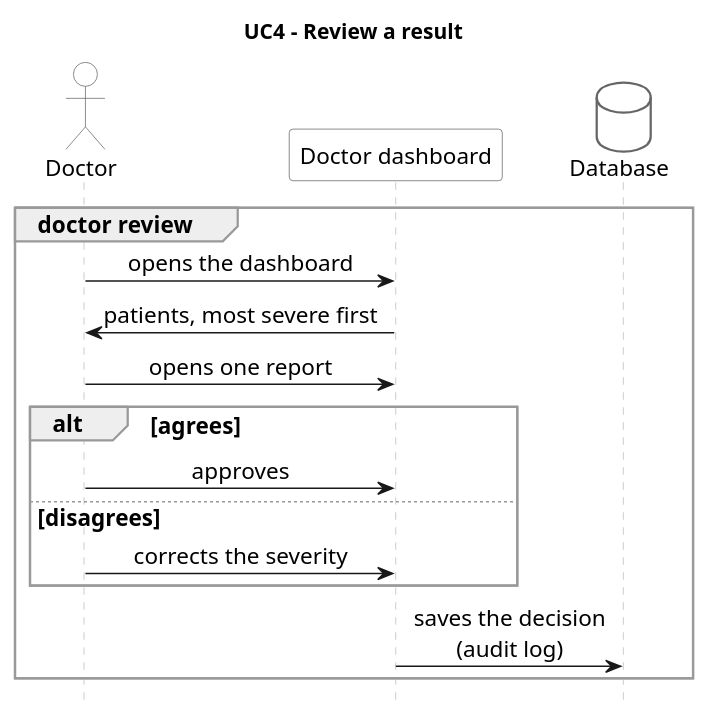
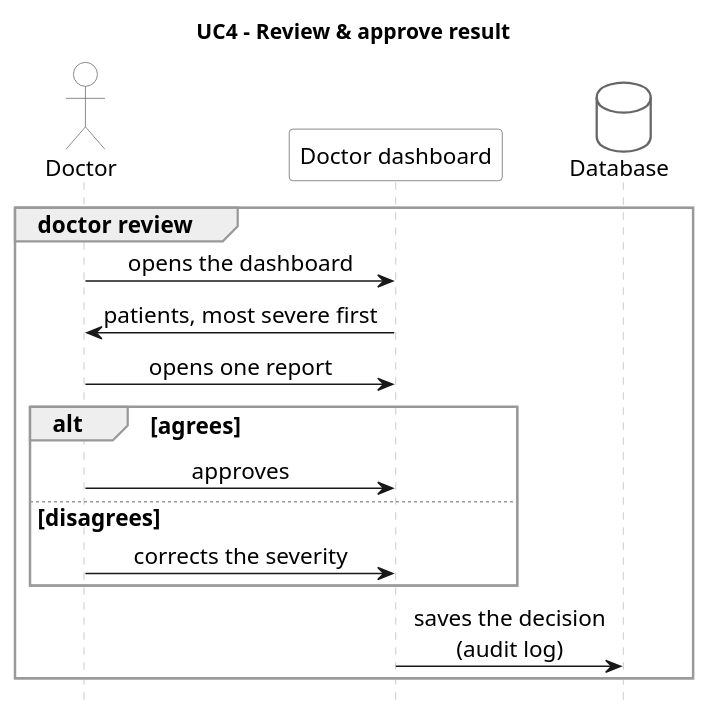
The diagram in diagrams/sequences/10.11_A_UC4-review-a-result_v1.puml (BarbaraKlimekTomatova/ACC1ILV-cloud-and-AI-infrastructure-for-sleep-apnea-detection-), drawn with PlantUML before and after one commit. The commit also changed 12 other files, not shown here.

Commit message:
diagrams: sequence diagrams match the use case diagram

```diff
--- a/diagrams/sequences/10.11_A_UC4-review-a-result_v1.puml
+++ b/diagrams/sequences/10.11_A_UC4-review-a-result_v1.puml
@@ -1,44 +1,44 @@
 @startuml UC4
 skinparam shadowing false
 skinparam defaultFontName Arial
 skinparam defaultFontSize 15
 skinparam sequenceMessageAlign center
 skinparam sequence {
   LifeLineBorderColor #BBBBBB
   ParticipantBorderColor #666666
   ParticipantBackgroundColor #FFFFFF
   ActorBorderColor #666666
   ActorBackgroundColor #FFFFFF
   GroupBorderColor #999999
 }
 skinparam database {
   BorderColor #666666
   BackgroundColor #FFFFFF
 }
 skinparam queue {
   BorderColor #666666
   BackgroundColor #FFFFFF
 }
 skinparam note {
   BorderColor #BBBBBB
   BackgroundColor #FFFFFF
 }
 hide footbox
-title UC4 – Review a result
+title UC4 – Review & approve result
 
 actor "Doctor" as DOC
 participant "Doctor dashboard" as DASH
 database "Database" as DB
 
 group doctor review
   DOC -> DASH : opens the dashboard
   DASH -> DOC : patients, most severe first
   DOC -> DASH : opens one report
   alt agrees
     DOC -> DASH : approves
   else disagrees
     DOC -> DASH : corrects the severity
   end
   DASH -> DB : saves the decision\n(audit log)
 end
 @enduml
```
